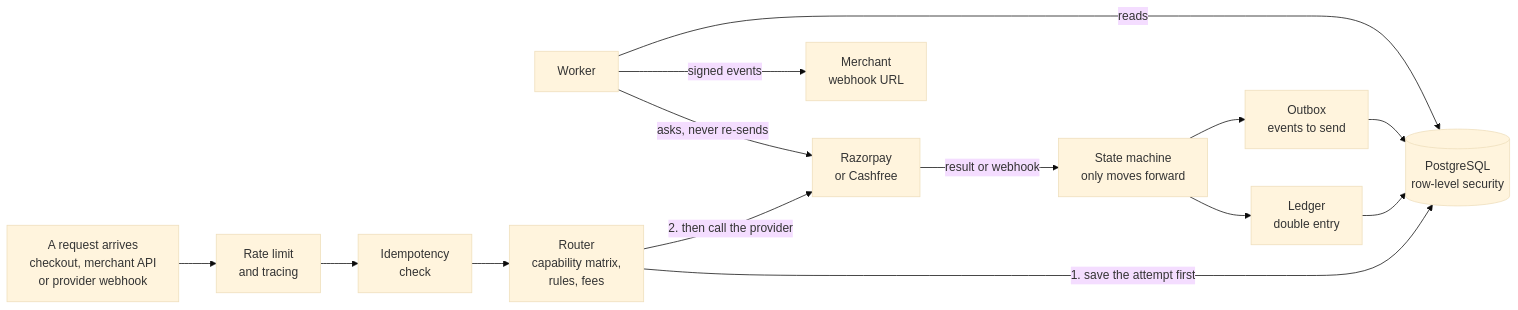
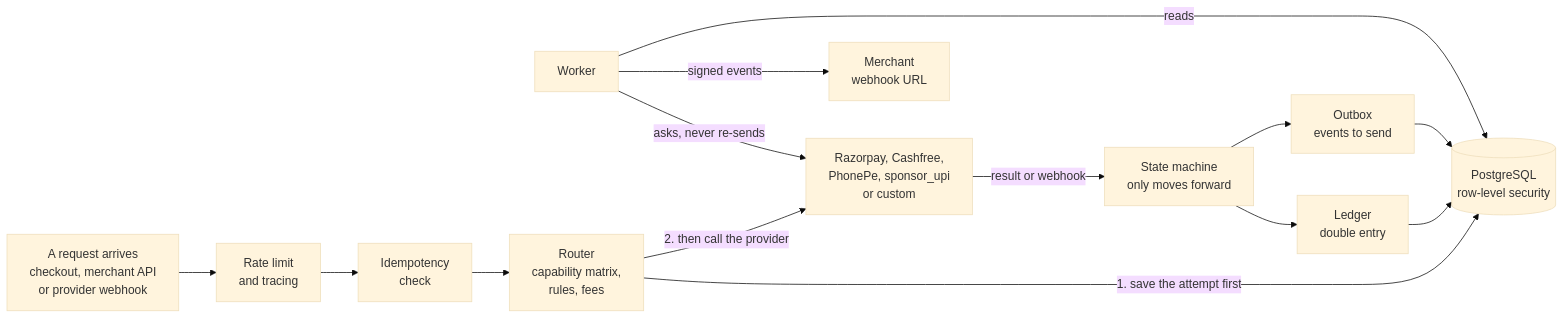
The third of 8 diagrams in docs/zyvor/HOW_IT_WORKS.md (zyvorai/vayora), drawn with Mermaid (base theme) before and after one commit. The commit also changed other lines of this file and 12 other files, not shown here.

````diff
--- a/docs/zyvor/HOW_IT_WORKS.md
+++ b/docs/zyvor/HOW_IT_WORKS.md
@@ -63,16 +69,16 @@
 ```mermaid
 flowchart LR
   IN["A request arrives<br/>checkout, merchant API<br/>or provider webhook"] --> MW["Rate limit<br/>and tracing"]
   MW --> ID["Idempotency<br/>check"]
   ID --> RT["Router<br/>capability matrix,<br/>rules, fees"]
   RT -- "1. save the attempt first" --> DB[("PostgreSQL<br/>row-level security")]
-  RT -- "2. then call the provider" --> PROV["Razorpay<br/>or Cashfree"]
+  RT -- "2. then call the provider" --> PROV["Razorpay, Cashfree,<br/>PhonePe, sponsor_upi<br/>or custom"]
   PROV -- "result or webhook" --> SM["State machine<br/>only moves forward"]
   SM --> LG["Ledger<br/>double entry"]
   SM --> OB["Outbox<br/>events to send"]
   LG --> DB
   OB --> DB
   W["Worker"] -- "reads" --> DB
   W -- "signed events" --> MERCH["Merchant<br/>webhook URL"]
   W -- "asks, never re-sends" --> PROV
 ```
````
